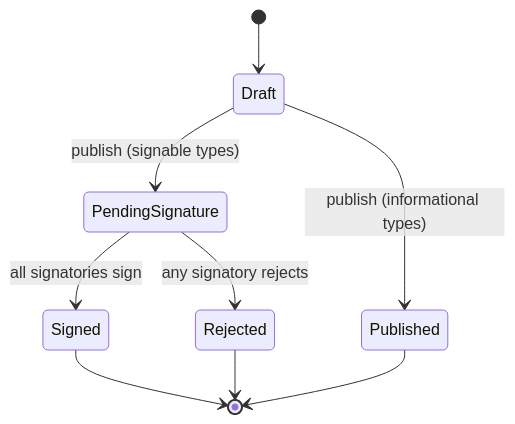
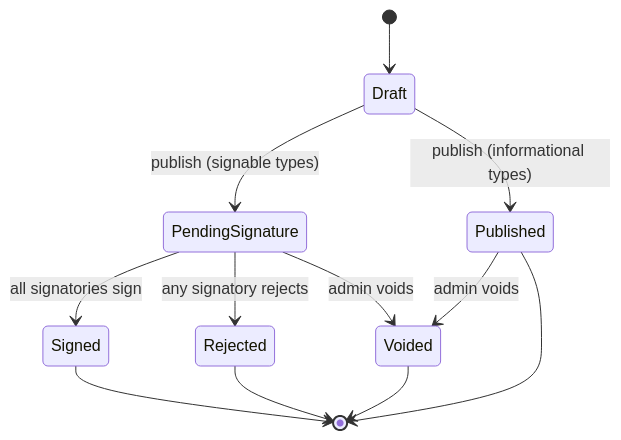
One commit to jorgejavierleon/ams changed the diagram in docs/document-signature-flow.md. Above: the diagram before and after it, drawn with Mermaid. The commit also changed other lines of this file and 12 other files, not shown here.

Commit message:
#69 Add void & reissue flow for published documents

````diff
--- a/docs/document-signature-flow.md
+++ b/docs/document-signature-flow.md
@@ -43,11 +43,14 @@
 ```mermaid
 stateDiagram-v2
     [*] --> Draft
     Draft --> Published: publish (informational types)
     Draft --> PendingSignature: publish (signable types)
     PendingSignature --> Signed: all signatories sign
     PendingSignature --> Rejected: any signatory rejects
+    PendingSignature --> Voided: admin voids
+    Published --> Voided: admin voids
     Signed --> [*]
     Rejected --> [*]
+    Voided --> [*]
     Published --> [*]
 ```
````
